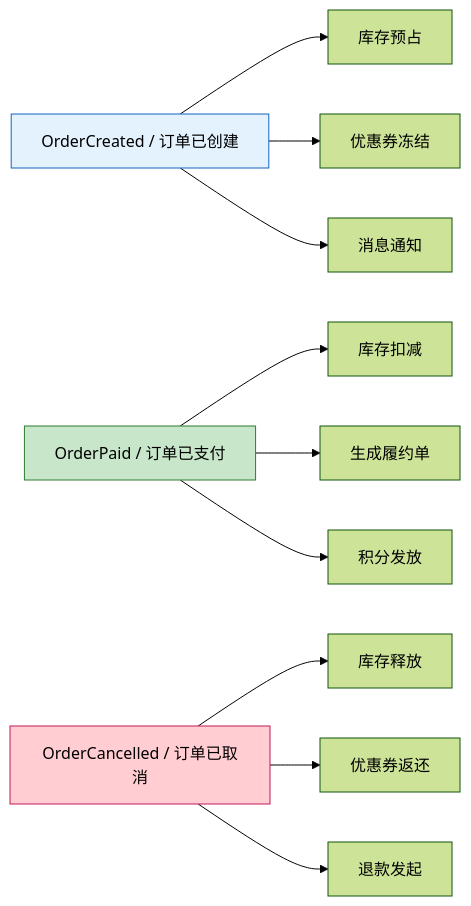
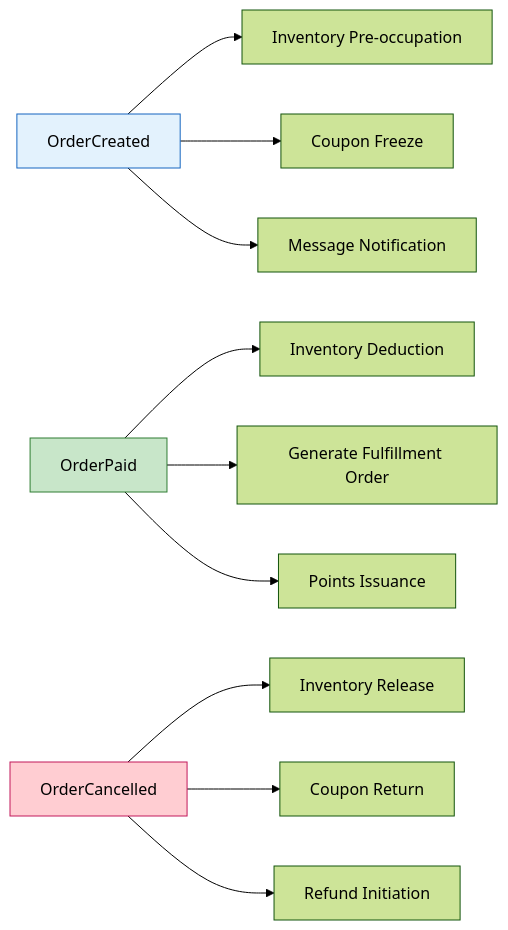
Before and after one commit to Kirky-X/cangjie: the fifth of 11 diagrams in templates/产品/产品层/【模板】功能需求文档.md, drawn with Mermaid (forest theme). The commit also changed other lines of this file and 60 other files, not shown here.

````diff
--- a/templates/产品/产品层/【模板】功能需求文档.md
+++ b/templates/产品/产品层/【模板】功能需求文档.md
@@ -215,18 +215,18 @@
 ```mermaid
 graph LR
-    E1[OrderCreated / 订单已创建] --> H1[库存预占]
-    E1 --> H2[优惠券冻结]
-    E1 --> H3[消息通知]
+    E1[OrderCreated] --> H1[Inventory Pre-occupation]
+    E1 --> H2[Coupon Freeze]
+    E1 --> H3[Message Notification]
 
-    E2[OrderPaid / 订单已支付] --> H4[库存扣减]
-    E2 --> H5[生成履约单]
-    E2 --> H6[积分发放]
+    E2[OrderPaid] --> H4[Inventory Deduction]
+    E2 --> H5[Generate Fulfillment Order]
+    E2 --> H6[Points Issuance]
 
-    E3[OrderCancelled / 订单已取消] --> H7[库存释放]
-    E3 --> H8[优惠券返还]
-    E3 --> H9[退款发起]
+    E3[OrderCancelled] --> H7[Inventory Release]
+    E3 --> H8[Coupon Return]
+    E3 --> H9[Refund Initiation]
 
     style E1 fill:#e3f2fd,stroke:#1565c0
     style E2 fill:#c8e6c9,stroke:#2e7d32
     style E3 fill:#ffcdd2,stroke:#c2185b
 ```
````
